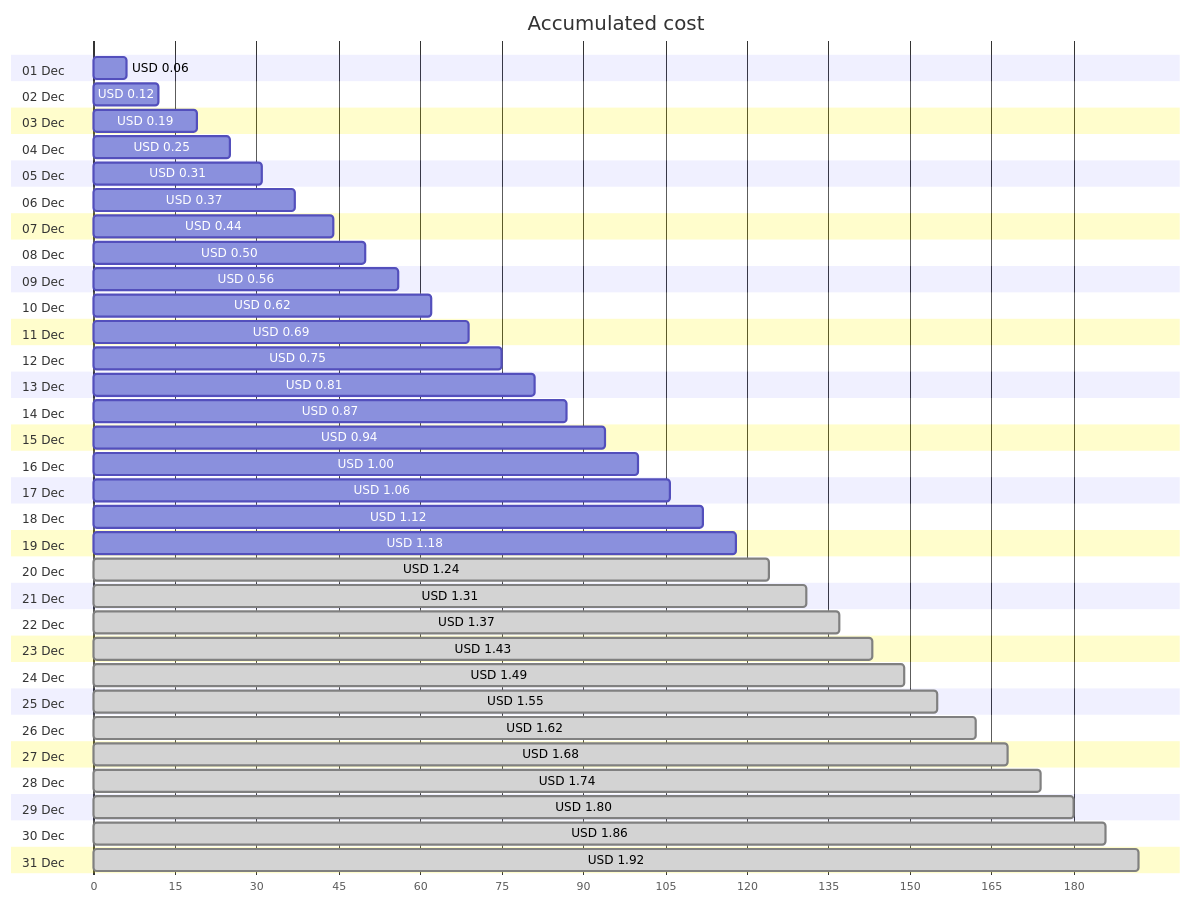
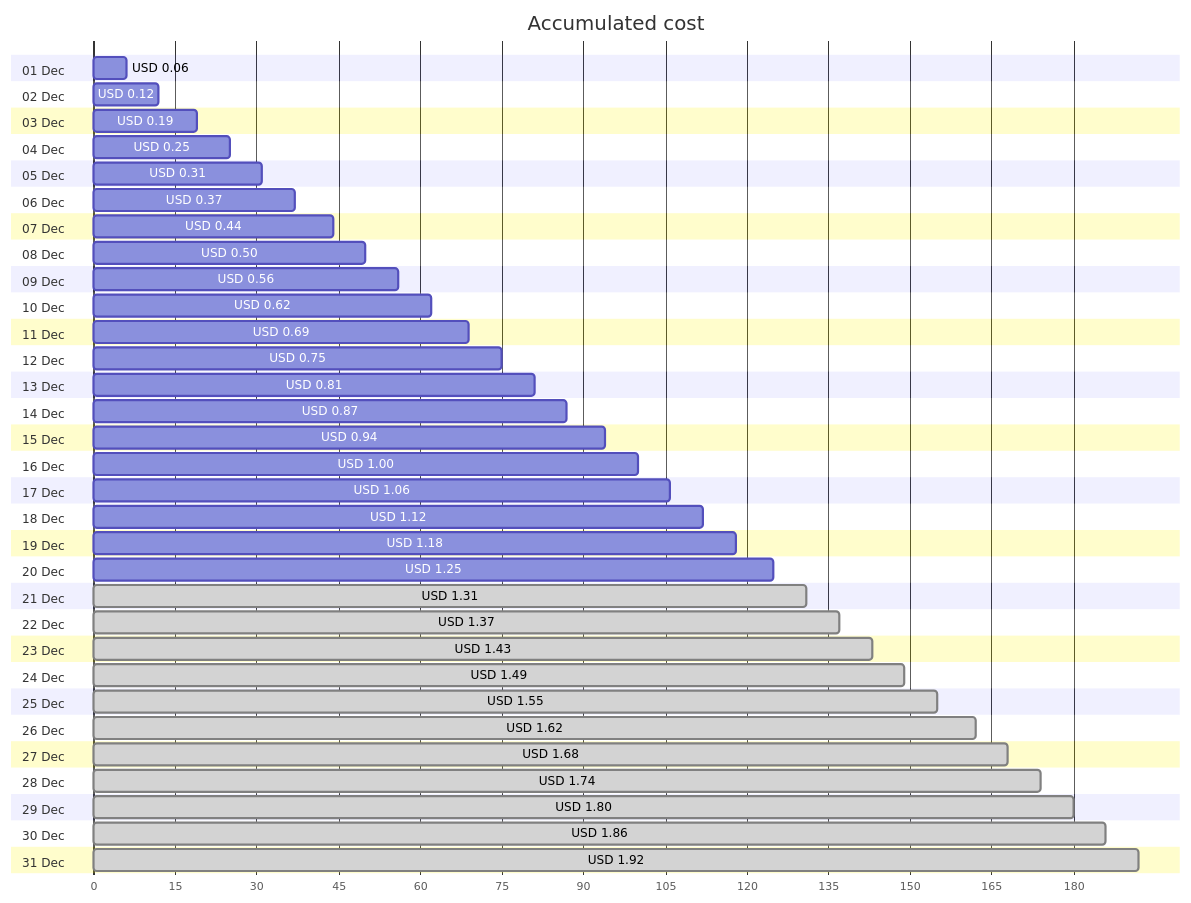
Before and after one commit to jpfulton/azure-personal-reports: the first of 4 diagrams in cost-reports/personal-network/vpn-server_OsDisk.md, drawn with Mermaid. The commit also changed other lines of this file and 8 other files, not shown here.

````diff
--- a/cost-reports/personal-network/vpn-server_OsDisk.md
+++ b/cost-reports/personal-network/vpn-server_OsDisk.md
@@ -20,68 +20,68 @@
 ```mermaid
 gantt
    title Accumulated cost
    dateFormat  X
    axisFormat %s
    section 01 Dec
    USD 0.06 :0, 6
    section 02 Dec
    USD 0.12 :0, 12
    section 03 Dec
    USD 0.19 :0, 19
    section 04 Dec
    USD 0.25 :0, 25
    section 05 Dec
    USD 0.31 :0, 31
    section 06 Dec
    USD 0.37 :0, 37
    section 07 Dec
    USD 0.44 :0, 44
    section 08 Dec
    USD 0.50 :0, 50
    section 09 Dec
    USD 0.56 :0, 56
    section 10 Dec
    USD 0.62 :0, 62
    section 11 Dec
    USD 0.69 :0, 69
    section 12 Dec
    USD 0.75 :0, 75
    section 13 Dec
    USD 0.81 :0, 81
    section 14 Dec
    USD 0.87 :0, 87
    section 15 Dec
    USD 0.94 :0, 94
    section 16 Dec
    USD 1.00 :0, 100
    section 17 Dec
    USD 1.06 :0, 106
    section 18 Dec
    USD 1.12 :0, 112
    section 19 Dec
    USD 1.18 :0, 118
    section 20 Dec
-   USD 1.24 : done, 0, 124
+   USD 1.25 :0, 125
    section 21 Dec
    USD 1.31 : done, 0, 131
    section 22 Dec
    USD 1.37 : done, 0, 137
    section 23 Dec
    USD 1.43 : done, 0, 143
    section 24 Dec
    USD 1.49 : done, 0, 149
    section 25 Dec
    USD 1.55 : done, 0, 155
    section 26 Dec
    USD 1.62 : done, 0, 162
    section 27 Dec
    USD 1.68 : done, 0, 168
    section 28 Dec
    USD 1.74 : done, 0, 174
    section 29 Dec
    USD 1.80 : done, 0, 180
    section 30 Dec
    USD 1.86 : done, 0, 186
    section 31 Dec
    USD 1.92 : done, 0, 192
 ```
````
